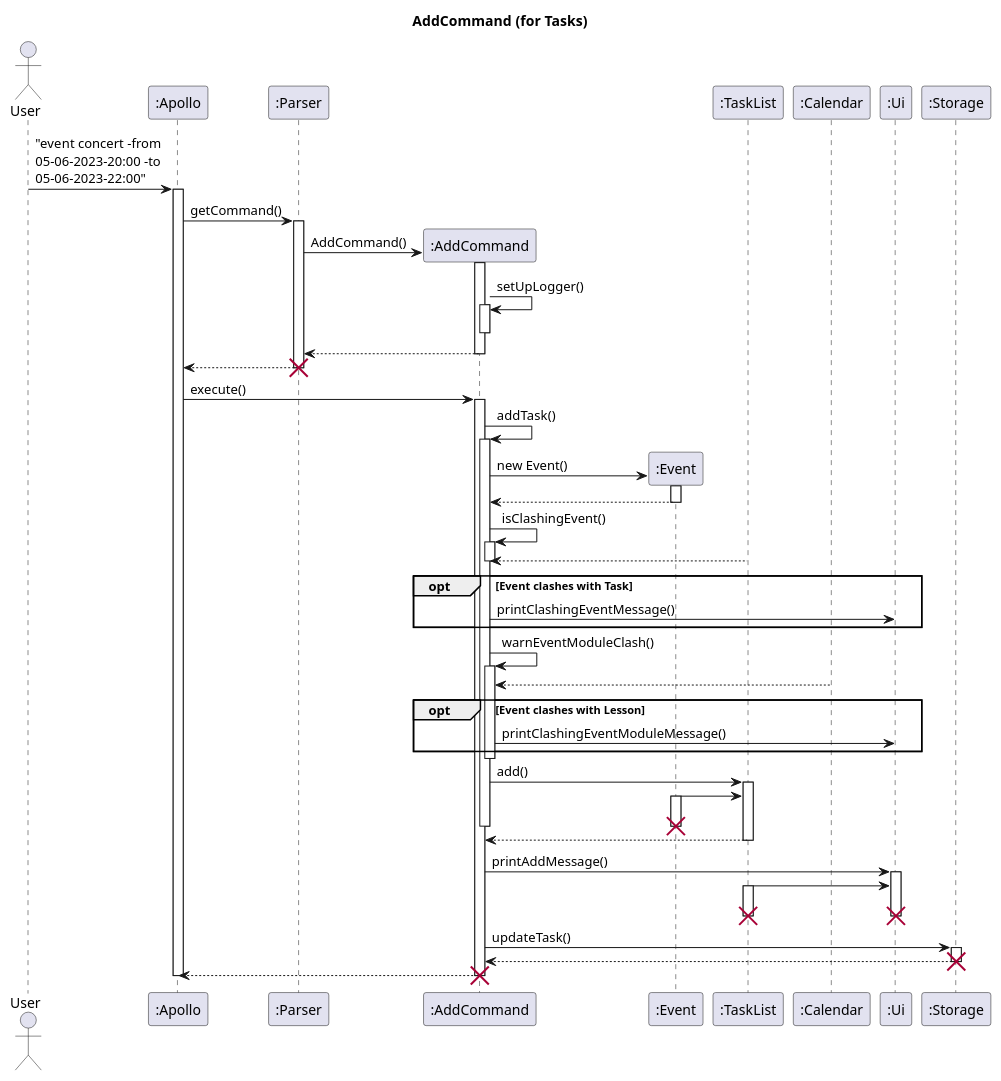
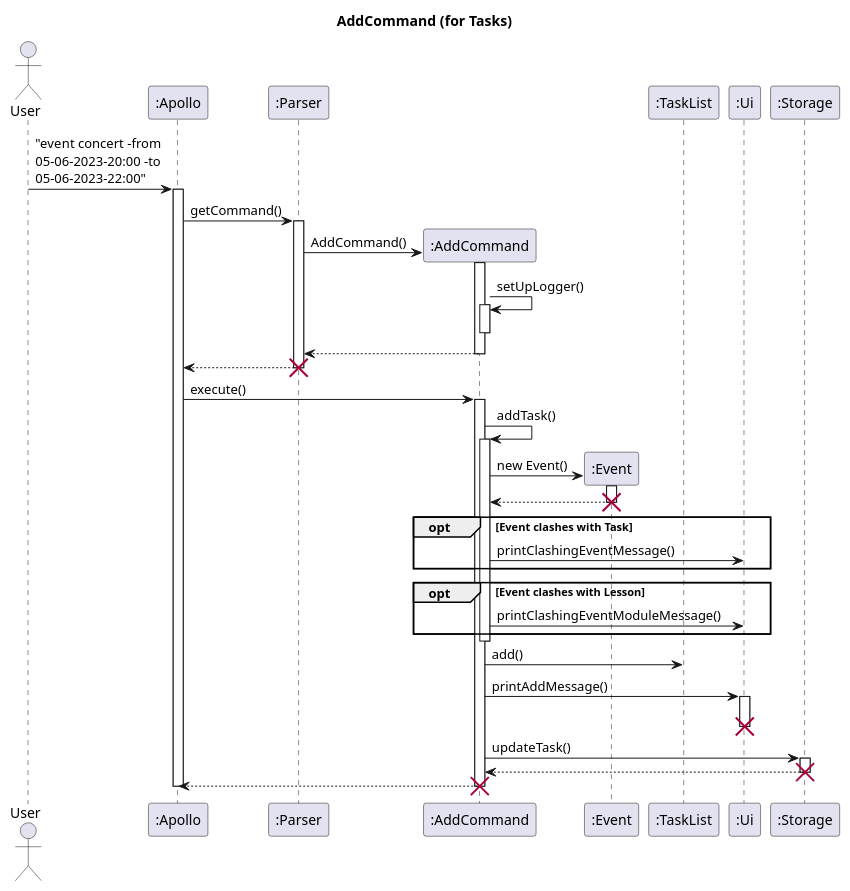
The diagram in docs/uml-source/sequence/AddCommand.puml (nus-cs2113-AY2223S2/tp), drawn with PlantUML before and after one commit. The commit also changed 4 other files, not shown here.

Commit message:
Simplify seq diagrams (Add Task, Week)

```diff
--- a/docs/uml-source/sequence/AddCommand.puml
+++ b/docs/uml-source/sequence/AddCommand.puml
@@ -1,67 +1,53 @@
 @startuml
 'https://plantuml.com/sequence-diagram
 
 skinparam maxMessageSize 150
 
 title AddCommand (for Tasks)
 
 actor User
 participant ":Apollo" as Apollo
 participant ":Parser" as Parser
 participant ":AddCommand" as add
 participant ":Event" as Event
 participant ":TaskList" as TaskList
-participant ":Calendar" as Calendar
 participant ":Ui" as Ui
 participant ":Storage" as Storage
 
 User -> Apollo : "event concert -from 05-06-2023-20:00 -to 05-06-2023-22:00"
 activate Apollo
 Apollo -> Parser : getCommand()
 activate Parser
 Parser -> add** : AddCommand()
 add++
 add -> add ++ : setUpLogger()
 add--
 return
 return
 destroy Parser
 
 Apollo -> add : execute()
 activate add
 add -> add++ : addTask()
 add -> Event** : new Event()
 Event++
 return
-add -> add++ : isClashingEvent()
-TaskList --> add
-add--
+destroy Event
 opt Event clashes with Task
 add -> Ui : printClashingEventMessage()
 end
-add -> add++ : warnEventModuleClash()
-Calendar --> add
 opt Event clashes with Lesson
 add -> Ui : printClashingEventModuleMessage()
 end
 add--
-add -> TaskList++ : add()
-Event -> TaskList
-Event++
-destroy Event
-add--
-add <-- TaskList--
-
+add -> TaskList : add()
 
 add -> Ui++ : printAddMessage()
-TaskList -> Ui
-TaskList++
-destroy TaskList
 destroy Ui
 add -> Storage ++ : updateTask()
 return
 destroy Storage
 add --> Apollo
 destroy add
 Apollo--
 @enduml
```
